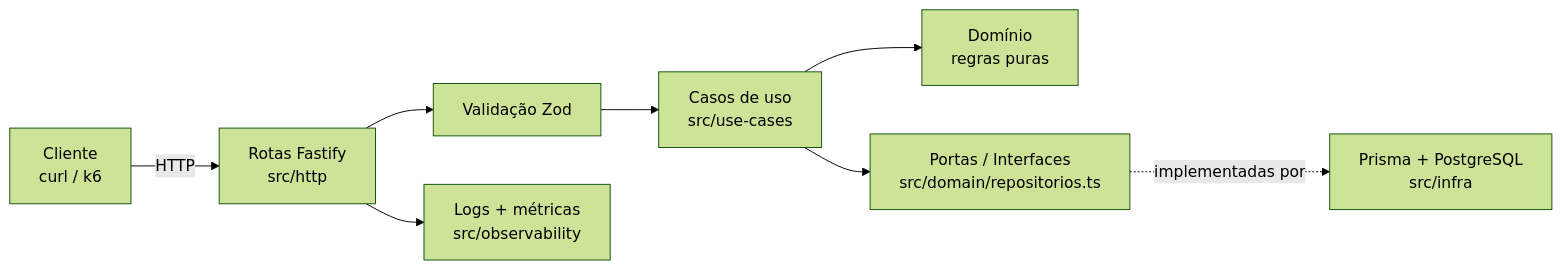
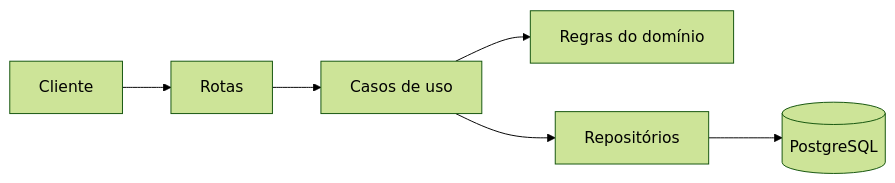
One commit to JannioFSantos/cursoFullCycleEmprestimoLivros changed the diagram in README.md. Above: the diagram before and after it, drawn with Mermaid (forest theme). The commit also changed other lines of this file and 6 other files, not shown here.

````diff
--- a/README.md
+++ b/README.md
@@ -202,10 +179,8 @@
 ```mermaid
 flowchart LR
-  C[Cliente<br/>curl / k6] -->|HTTP| R[Rotas Fastify<br/>src/http]
-  R --> V[Validação Zod]
-  V --> U[Casos de uso<br/>src/use-cases]
-  U --> D[Domínio<br/>regras puras]
-  U --> P[Portas / Interfaces<br/>src/domain/repositorios.ts]
-  P -. implementadas por .-> I[Prisma + PostgreSQL<br/>src/infra]
-  R --> O[Logs + métricas<br/>src/observability]
+  A[Cliente] --> B[Rotas]
+  B --> C[Casos de uso]
+  C --> D[Regras do domínio]
+  C --> E[Repositórios]
+  E --> F[(PostgreSQL)]
 ```
````
